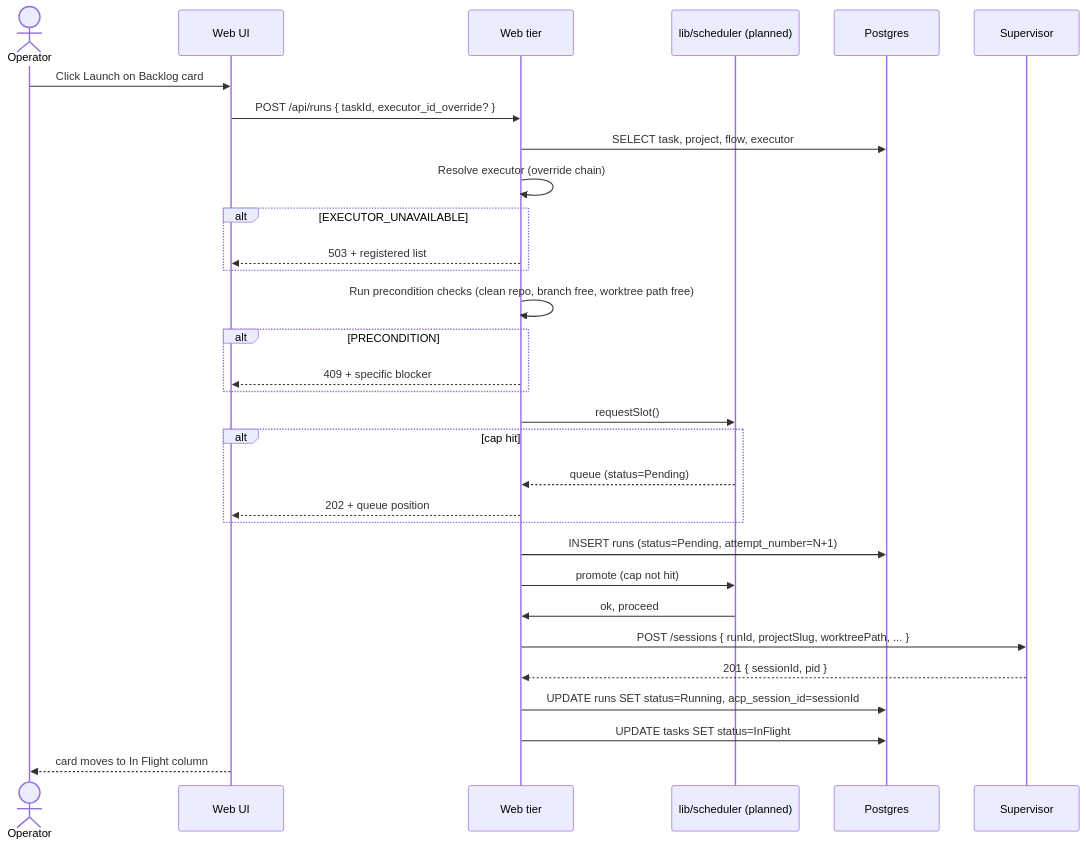
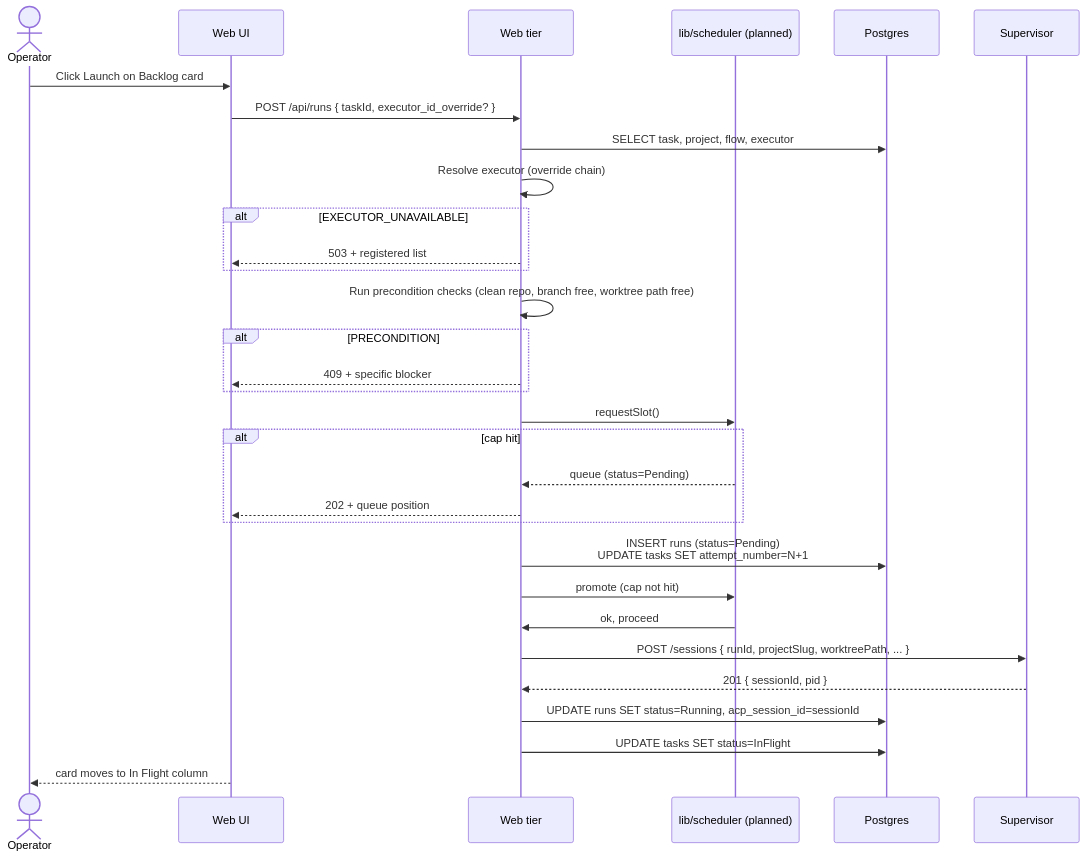
The third of 4 diagrams in docs/system-analytics/tasks.md (maister-dev/maister), drawn with Mermaid before and after one commit. The commit also changed other lines of this file and 31 other files, not shown here.

````diff
--- a/docs/system-analytics/tasks.md
+++ b/docs/system-analytics/tasks.md
@@ -69,34 +78,34 @@
 ```mermaid
 sequenceDiagram
     actor U as Operator
     participant UI as Web UI
     participant W as Web tier
     participant SCH as lib/scheduler (planned)
     participant DB as Postgres
     participant SV as Supervisor
 
     U->>UI: Click Launch on Backlog card
     UI->>W: POST /api/runs { taskId, executor_id_override? }
     W->>DB: SELECT task, project, flow, executor
     W->>W: Resolve executor (override chain)
     alt EXECUTOR_UNAVAILABLE
         W-->>UI: 503 + registered list
     end
     W->>W: Run precondition checks (clean repo, branch free, worktree path free)
     alt PRECONDITION
         W-->>UI: 409 + specific blocker
     end
     W->>SCH: requestSlot()
     alt cap hit
         SCH-->>W: queue (status=Pending)
         W-->>UI: 202 + queue position
     end
-    W->>DB: INSERT runs (status=Pending, attempt_number=N+1)
+    W->>DB: INSERT runs (status=Pending)<br/>UPDATE tasks SET attempt_number=N+1
     W->>SCH: promote (cap not hit)
     SCH->>W: ok, proceed
     W->>SV: POST /sessions { runId, projectSlug, worktreePath, ... }
     SV-->>W: 201 { sessionId, pid }
     W->>DB: UPDATE runs SET status=Running, acp_session_id=sessionId
     W->>DB: UPDATE tasks SET status=InFlight
     UI-->>U: card moves to In Flight column
 ```
````
